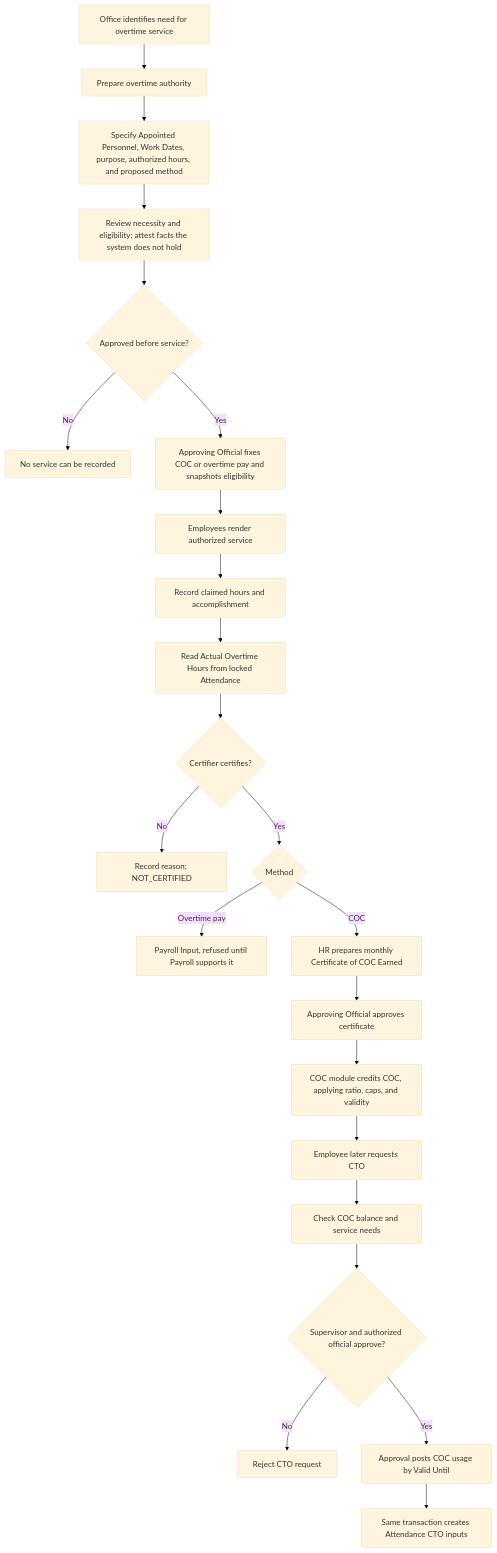
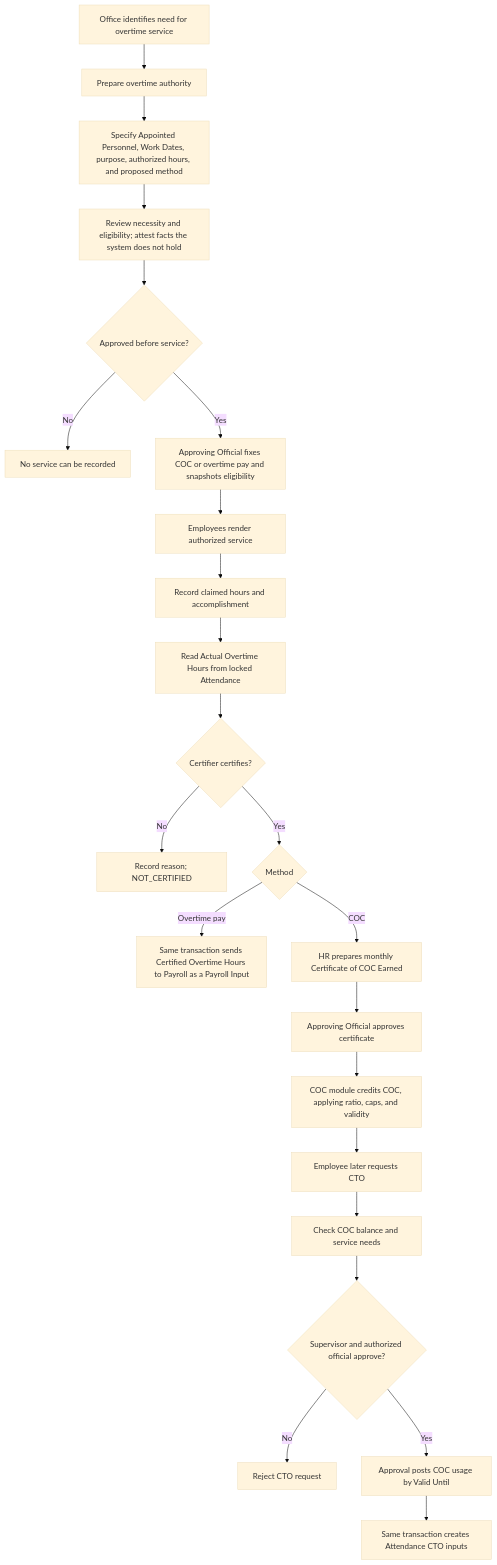
One commit to systemeror12/lingkod-hr changed diagram 14 of 19 in docs/mvp-workflows.md. Above: the diagram before and after it, drawn with Mermaid (base theme). The commit also changed 18 other files, not shown here.

First line of the commit message:
Submit overtime pay to Payroll Inputs (#347)

````diff
--- a/docs/mvp-workflows.md
+++ b/docs/mvp-workflows.md
@@ -583,25 +583,25 @@
 ```mermaid
 flowchart TD
     A[Office identifies need for overtime service] --> B[Prepare overtime authority]
     B --> C[Specify Appointed Personnel, Work Dates, purpose, authorized hours, and proposed method]
     C --> D[Review necessity and eligibility; attest facts the system does not hold]
     D --> E{Approved before service?}
     E -- No --> F[No service can be recorded]
     E -- Yes --> E2[Approving Official fixes COC or overtime pay and snapshots eligibility]
     E2 --> G[Employees render authorized service]
     G --> H[Record claimed hours and accomplishment]
     H --> I[Read Actual Overtime Hours from locked Attendance]
     I --> J{Certifier certifies?}
     J -- No --> N[Record reason; NOT_CERTIFIED]
     J -- Yes --> K{Method}
-    K -- Overtime pay --> L[Payroll Input, refused until Payroll supports it]
+    K -- Overtime pay --> L[Same transaction sends Certified Overtime Hours to Payroll as a Payroll Input]
     K -- COC --> M1[HR prepares monthly Certificate of COC Earned]
     M1 --> M2[Approving Official approves certificate]
     M2 --> M[COC module credits COC, applying ratio, caps, and validity]
     M --> O[Employee later requests CTO]
     O --> P[Check COC balance and service needs]
     P --> Q{Supervisor and authorized official approve?}
     Q -- No --> R[Reject CTO request]
     Q -- Yes --> S[Approval posts COC usage by Valid Until]
     S --> T[Same transaction creates Attendance CTO inputs]
 ```
````
